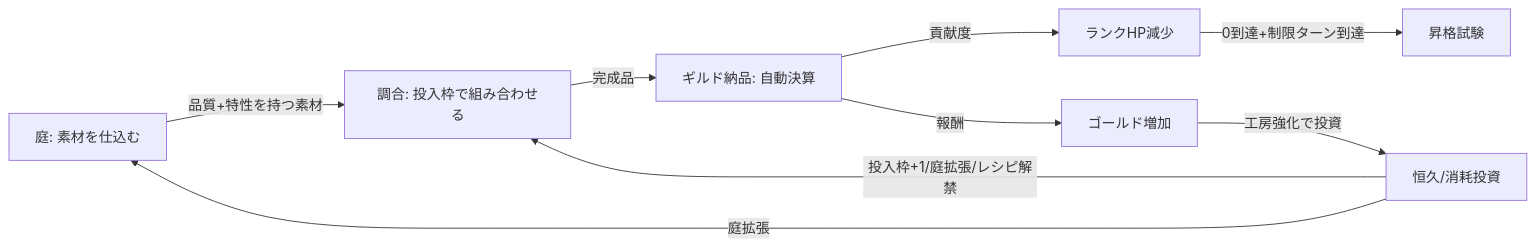
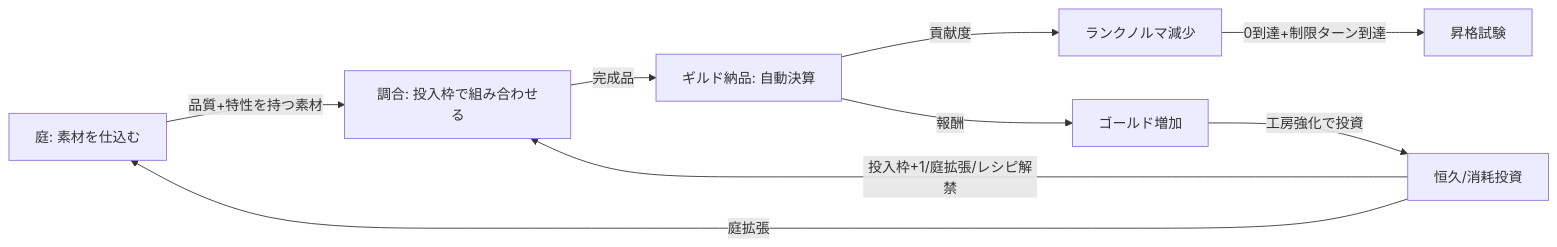
Before and after one commit to yaguma/alchemy-atelier: the second of 2 diagrams in docs/design/atelier-alchemy-core/game-mechanics.md, drawn with Mermaid. The commit also changed other lines of this file and 13 other files, not shown here.

````diff
--- a/docs/design/atelier-alchemy-core/game-mechanics.md
+++ b/docs/design/atelier-alchemy-core/game-mechanics.md
@@ -131,11 +131,11 @@
 ```mermaid
 graph LR
     Garden[庭: 素材を仕込む] -->|品質+特性を持つ素材| Alchemy[調合: 投入枠で組み合わせる]
     Alchemy -->|完成品| Guild[ギルド納品: 自動決算]
-    Guild -->|貢献度| RankHP[ランクHP減少]
+    Guild -->|貢献度| RankQuota[ランクノルマ減少]
     Guild -->|報酬| Gold[ゴールド増加]
     Gold -->|工房強化で投資| Workshop[恒久/消耗投資]
     Workshop -->|投入枠+1/庭拡張/レシピ解禁| Alchemy
     Workshop -->|庭拡張| Garden
-    RankHP -->|0到達+制限ターン到達| Promotion[昇格試験]
+    RankQuota -->|0到達+制限ターン到達| Promotion[昇格試験]
 ```
````
